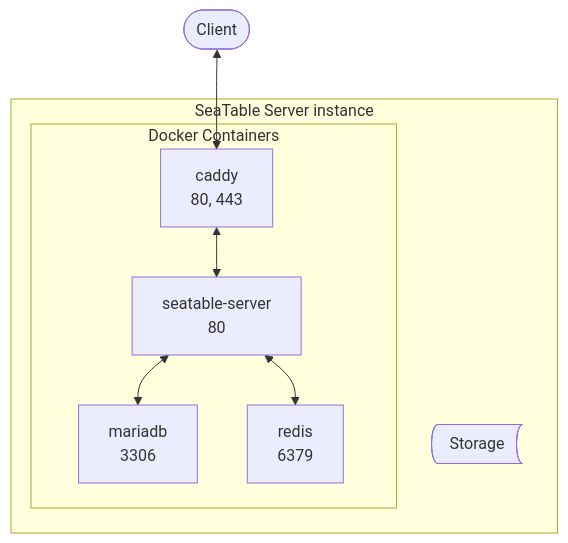
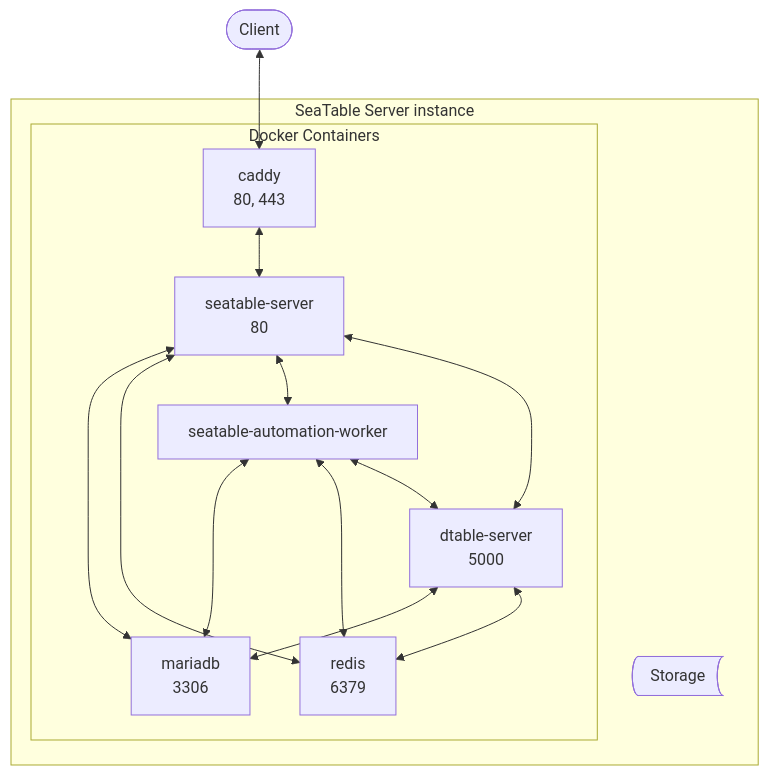
Before and after one commit to seatable/seatable-admin-docs: the first of 3 diagrams in docs/introduction/architecture.md, drawn with Mermaid. The commit also changed other lines of this file and 15 other files, not shown here.

````diff
--- a/docs/introduction/architecture.md
+++ b/docs/introduction/architecture.md
@@ -13,17 +13,26 @@
 ```mermaid
 flowchart TB
     Client@{ shape: pill, label: "Client"}
     Client<-->A
     subgraph s[SeaTable Server instance]
         subgraph d[Docker Containers]
             A[caddy<br/>80, 443]
             B[seatable-server<br/>80]
             C[mariadb<br/>3306]
             D[redis<br/>6379]
+            E[seatable-automation-worker]
+            G[dtable-server<br/>5000]
             A<-->B
             B<-->C
             B<-->D
+            B<-->E
+            B<-->G
+            E<-->C
+            E<-->D
+            E<-->G
+            G<-->C
+            G<-->D
         end
         F@{ shape: bow-rect, label: "Storage"}
     end
 ```
````
